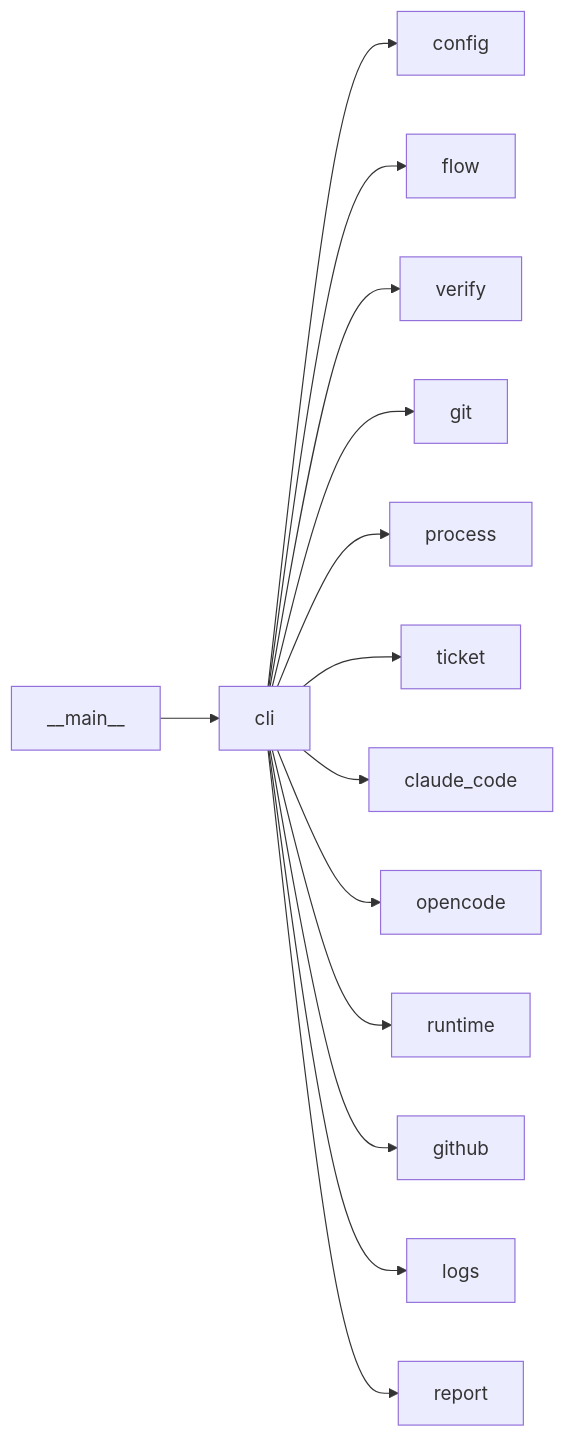
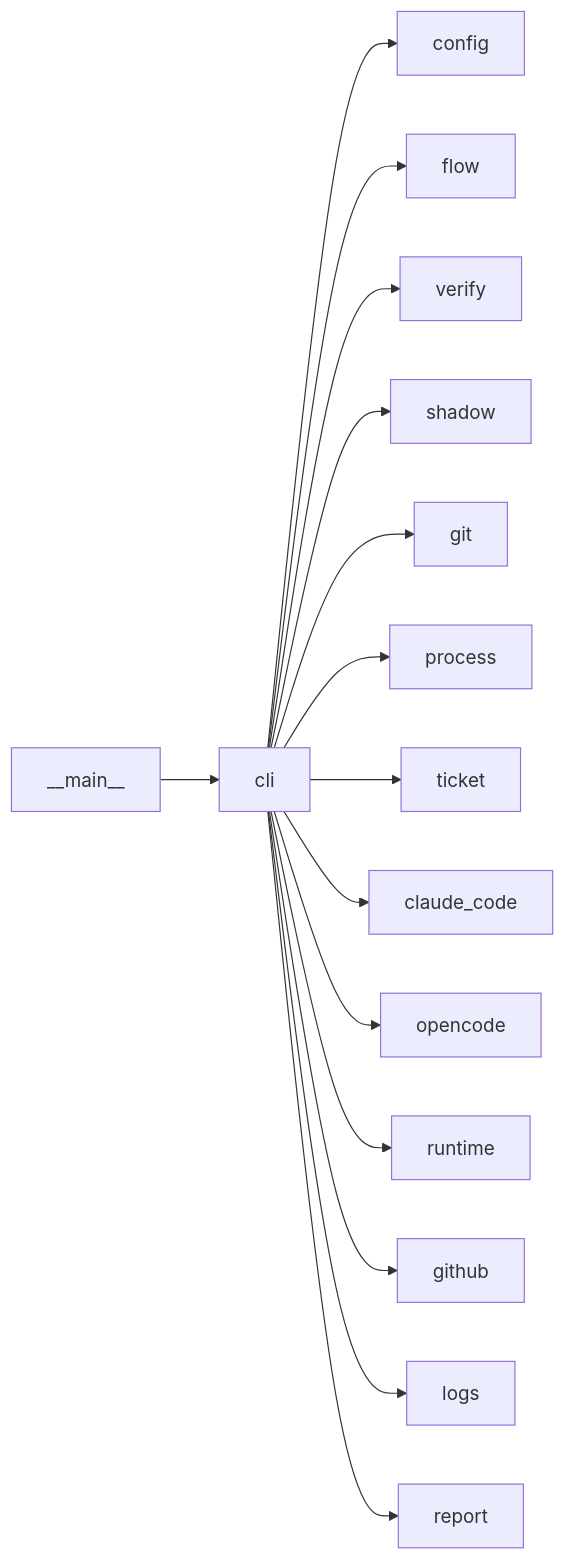
One commit to plaplanche/ariane changed the diagram in docs/architecture/modules/cli.md. Above: the diagram before and after it, drawn with Mermaid. The commit also changed other lines of this file and 23 other files, not shown here.

````diff
--- a/docs/architecture/modules/cli.md
+++ b/docs/architecture/modules/cli.md
@@ -15,16 +15,17 @@
 ```mermaid
 flowchart LR
   cli --> config
   cli --> flow
   cli --> verify
+  cli --> shadow
   cli --> git
   cli --> process
   cli --> ticket
   cli --> claude_code
   cli --> opencode
   cli --> runtime
   cli --> github
   cli --> logs
   cli --> report
   __main__ --> cli
 ```
````
